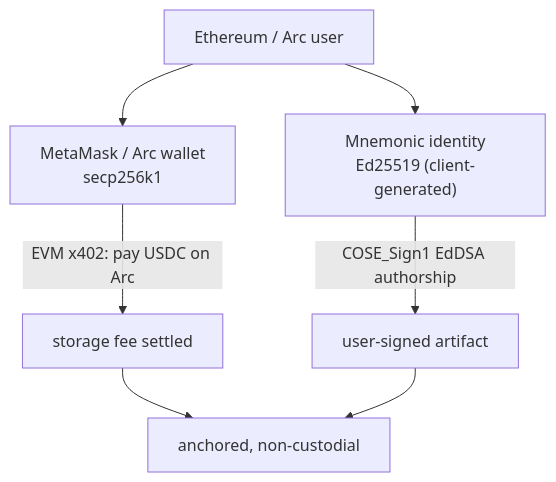
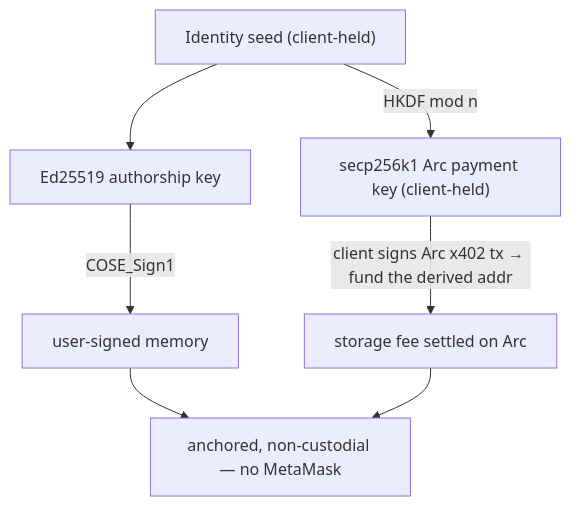
One commit to mnemonik-xyz/monorepo changed the fifth of 10 diagrams in work/noncustodial-paradigm/design.md. Above: the diagram before and after it, drawn with Mermaid. The commit also changed other lines of this file, not shown here.

First line of the commit message:
docs(paradigm): remove MetaMask/external wallet entirely — client-held derived keys

````diff
--- a/work/noncustodial-paradigm/design.md
+++ b/work/noncustodial-paradigm/design.md
@@ -267,9 +270,10 @@
 ```mermaid
 flowchart TB
-    ETHU["Ethereum / Arc user"] --> W["MetaMask / Arc wallet<br/>secp256k1"]
-    ETHU --> MID["Mnemonic identity<br/>Ed25519 (client-generated)"]
-    W -->|EVM x402: pay USDC on Arc| PAY["storage fee settled"]
-    MID -->|COSE_Sign1 EdDSA authorship| ART["user-signed artifact"]
-    PAY --> OK["anchored, non-custodial"]
-    ART --> OK
+    ID["Identity seed (client-held)"]
+    ID --> AUTH["Ed25519 authorship key"]
+    ID -->|HKDF mod n| PAY["secp256k1 Arc payment key (client-held)"]
+    AUTH -->|COSE_Sign1| ART["user-signed memory"]
+    PAY -->|client signs Arc x402 tx → fund the derived addr| SET["storage fee settled on Arc"]
+    ART --> OK["anchored, non-custodial — no MetaMask"]
+    SET --> OK
 ```
````
